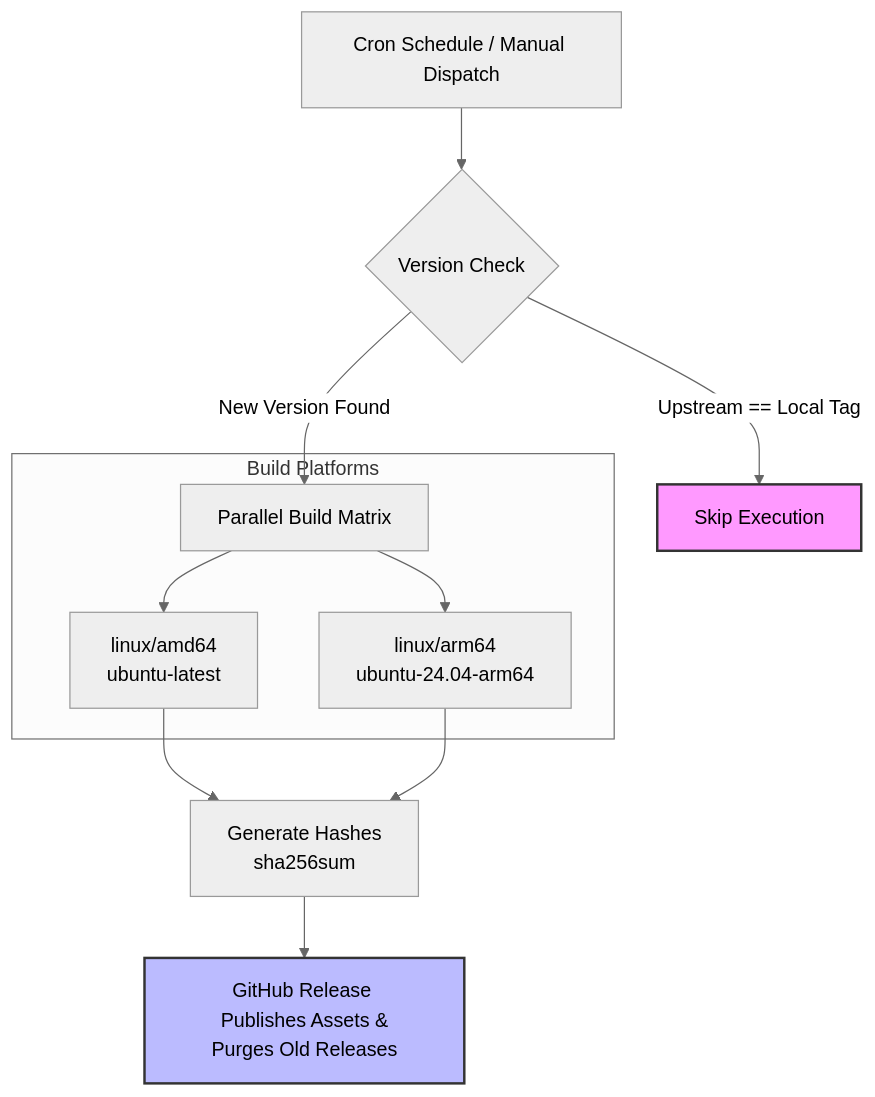
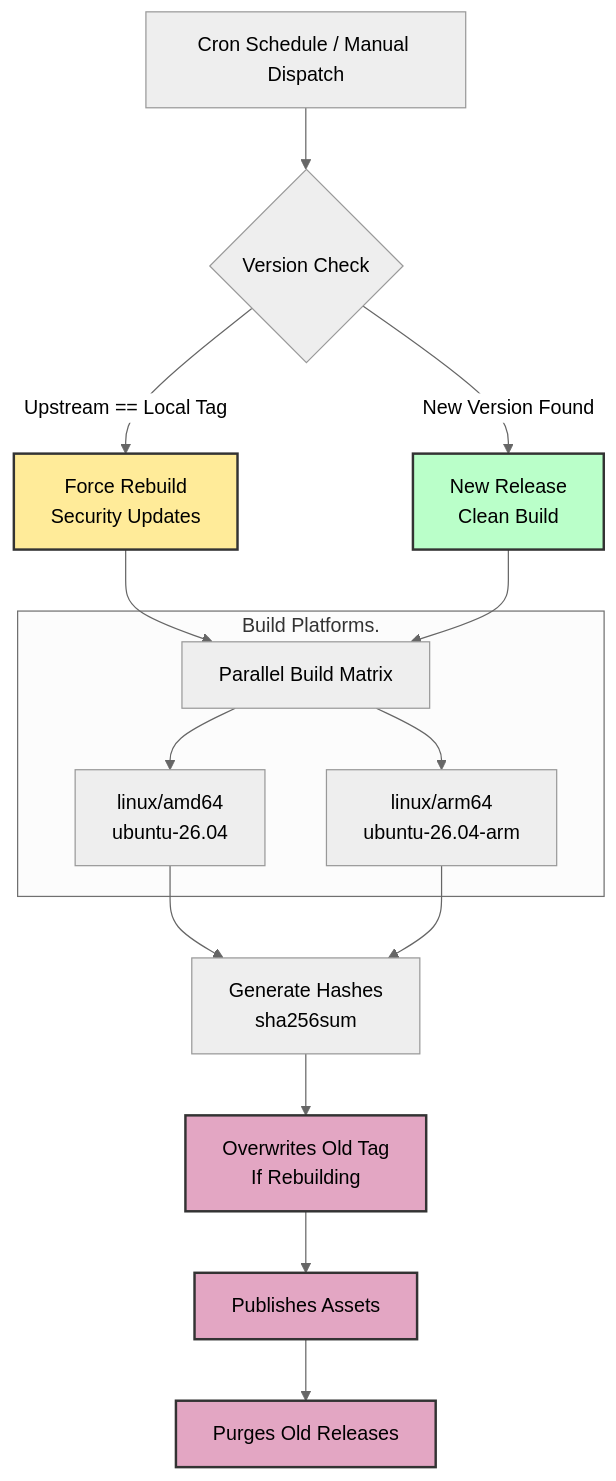
One commit to encodebot/MediaInfo-Builds changed the diagram in README.md. Above: the diagram before and after it, drawn with Mermaid (neutral theme). The commit also changed other lines of this file and 4 other files, not shown here.

````diff
--- a/README.md
+++ b/README.md
@@ -41,18 +42,25 @@
 ```mermaid
 graph TD
     A[Cron Schedule / Manual Dispatch] --> B{Version Check}
-    B -- Upstream == Local Tag --> C[Skip Execution]
-    B -- New Version Found --> D[Parallel Build Matrix]
-    
-    subgraph Build Platforms
-    D --> E[linux/amd64 <br> ubuntu-latest]
-    D --> F[linux/arm64 <br> ubuntu-24.04-arm64]
+    B -- Upstream == Local Tag --> C[Force Rebuild <br> Security Updates]
+    B -- New Version Found --> D[New Release <br> Clean Build]
+    C --> M[Parallel Build Matrix]
+    D --> M
+
+    subgraph Build Platforms.
+    M --> E[linux/amd64 <br> ubuntu-26.04]
+    M --> F[linux/arm64 <br> ubuntu-26.04-arm]
     end
-    
+
     E --> G[Generate Hashes <br> sha256sum]
     F --> G
-    G --> H[GitHub Release <br> Publishes Assets & Purges Old Releases]
-    
-    style C fill:#f9f,stroke:#333,stroke-width:2px
-    style H fill:#bbf,stroke:#333,stroke-width:2px
+    G --> H[Overwrites Old Tag <br> If Rebuilding]
+    H --> I[Publishes Assets]
+    I --> J[Purges Old Releases]
+
+    style C fill:#ffeb99,stroke:#333,stroke-width:2px
+    style D fill:#baffc9,stroke:#333,stroke-width:2px
+    style H fill:#e3a6c3,stroke:#333,stroke-width:2px
+    style I fill:#e3a6c3,stroke:#333,stroke-width:2px
+    style J fill:#e3a6c3,stroke:#333,stroke-width:2px
 ```
````
